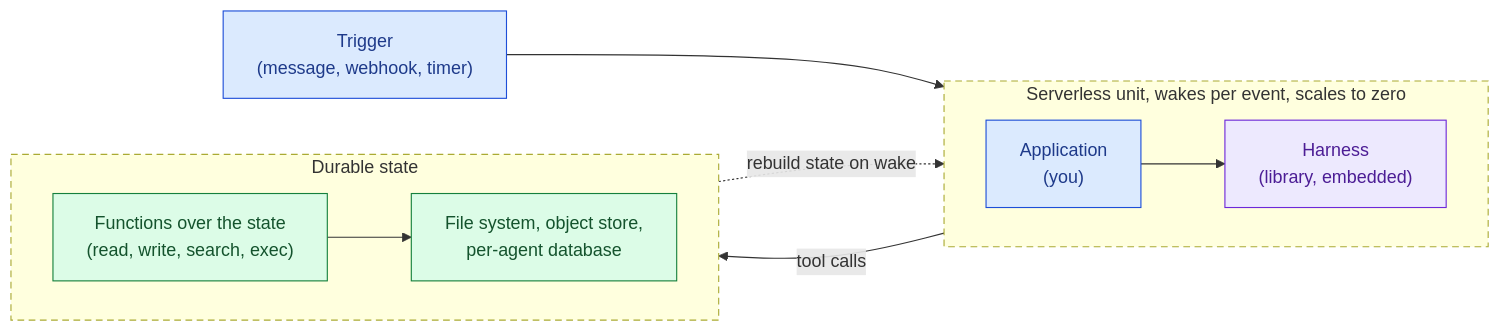
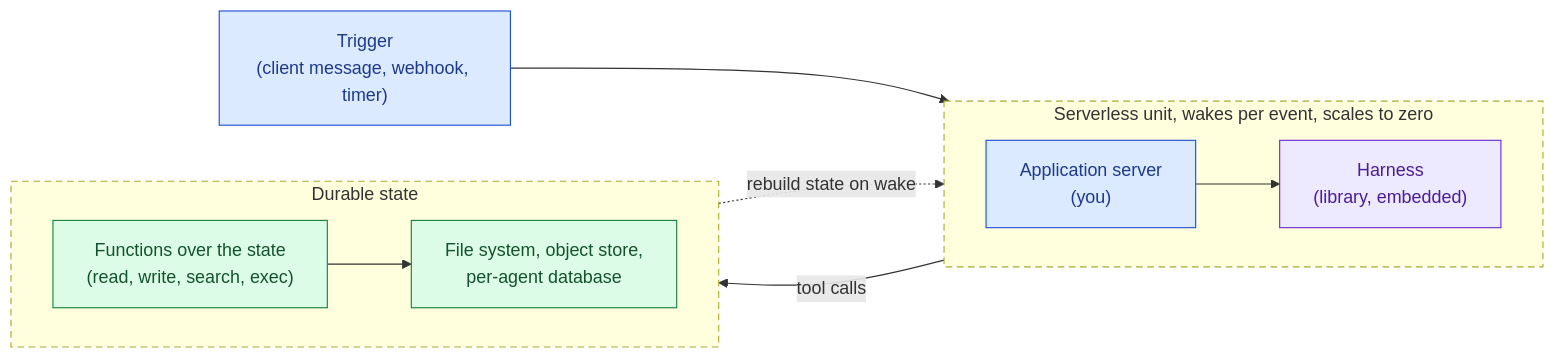
The seventh of 12 diagrams in docs/design/patterns.md (botiverse/oar), drawn with Mermaid before and after one commit. The commit also changed other lines of this file and 1 other file, not shown here.

First line of the commit message:
docs(design): rewrite deployment patterns around the client and server split

````diff
--- a/docs/design/patterns.md
+++ b/docs/design/patterns.md
@@ -519,24 +583,24 @@
 ```mermaid
 flowchart LR
-  Trigger["Trigger<br/>(message, webhook, timer)"]:::app
+  Trigger["Trigger<br/>(client message, webhook, timer)"]:::app
   subgraph unit["Serverless unit, wakes per event, scales to zero"]
     direction LR
-    App["Application<br/>(you)"]:::app
+    App["Application server<br/>(you)"]:::app
     Harness["Harness<br/>(library, embedded)"]:::harness
     App --> Harness
   end
   subgraph store["Durable state"]
     direction LR
     Fn["Functions over the state<br/>(read, write, search, exec)"]:::env
     FS["File system, object store,<br/>per-agent database"]:::env
     Fn --> FS
   end
   Trigger --> App
   Harness -- "tool calls" --> Fn
   FS -. "rebuild state on wake" .-> App
   style unit stroke-dasharray: 6 4
   style store stroke-dasharray: 6 4
   classDef app fill:#dbeafe,stroke:#1d4ed8,color:#1e3a8a
   classDef harness fill:#ede9fe,stroke:#6d28d9,color:#4c1d95
   classDef env fill:#dcfce7,stroke:#15803d,color:#14532d
 ```
````
